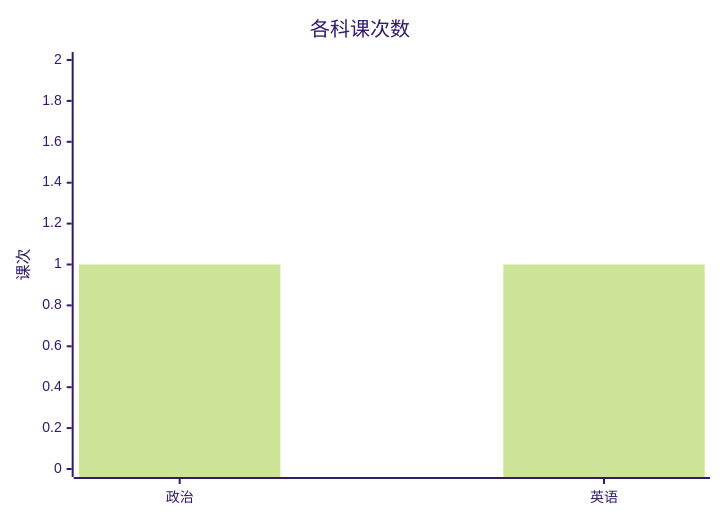
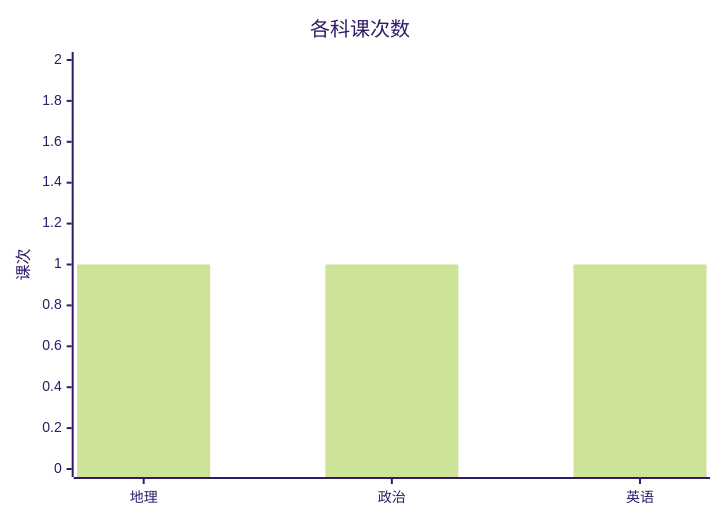
The second of 3 diagrams in README.md (zhuchenyu2008/Learning-Library), drawn with Mermaid (forest theme) before and after one commit. The commit also changed other lines of this file, not shown here.

````diff
--- a/README.md
+++ b/README.md
@@ -45,7 +46,7 @@
 ```mermaid
 xychart-beta
     title "各科课次数"
-    x-axis ["政治", "英语"]
+    x-axis ["地理", "政治", "英语"]
     y-axis "课次" 0 --> 2
-    bar [1, 1]
+    bar [1, 1, 1]
 ```
````
